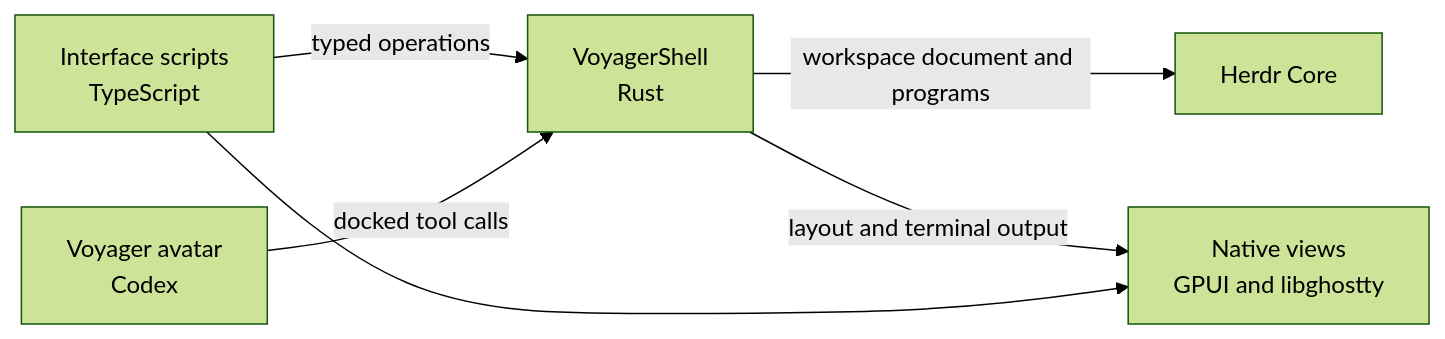
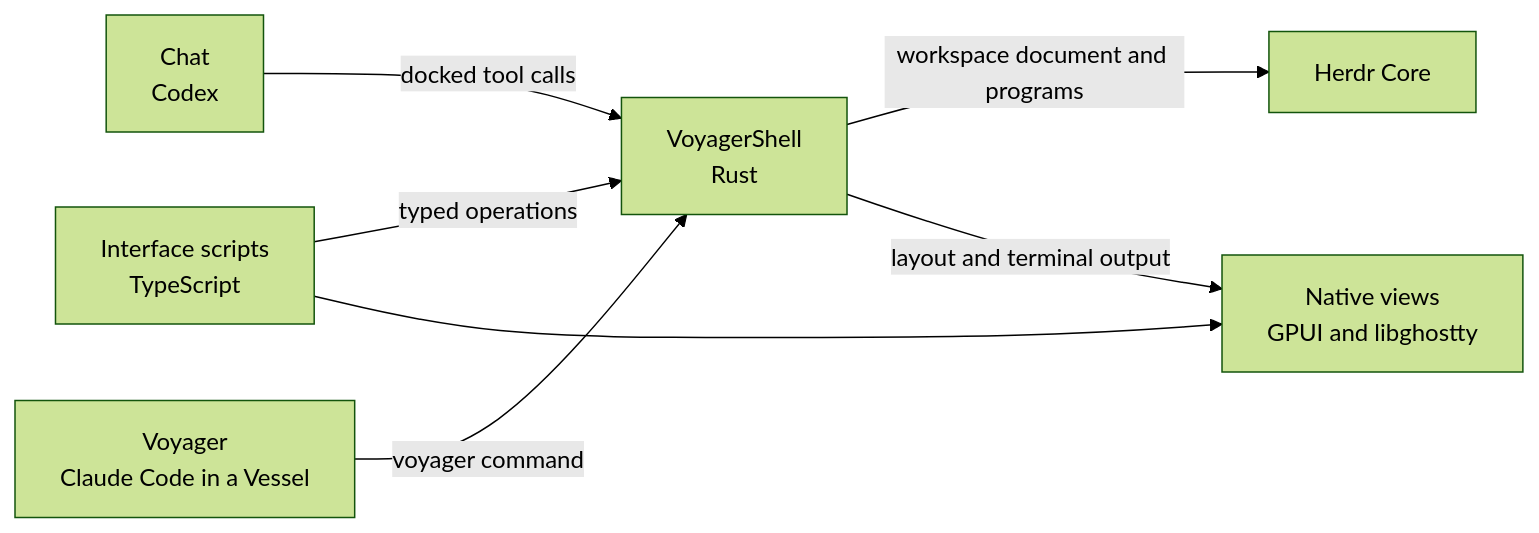
One commit to isaacasamoah/voyagershell changed the diagram in README.md. Above: the diagram before and after it, drawn with Mermaid (forest theme). The commit also changed other lines of this file and 5 other files, not shown here.

````diff
--- a/README.md
+++ b/README.md
@@ -87,8 +113,9 @@
 ```mermaid
 flowchart LR
 	UI["Interface scripts<br/>TypeScript"] -->|"typed operations"| App["VoyagerShell<br/>Rust"]
-	Agent["Voyager avatar<br/>Codex"] -->|"docked tool calls"| App
+	Agent["Chat<br/>Codex"] -->|"docked tool calls"| App
+	Voyager["Voyager<br/>Claude Code in a Vessel"] -->|"voyager command"| App
 	App -->|"workspace document and programs"| Core["Herdr Core"]
 	App -->|"layout and terminal output"| View["Native views<br/>GPUI and libghostty"]
 	UI --> View
 ```
````
